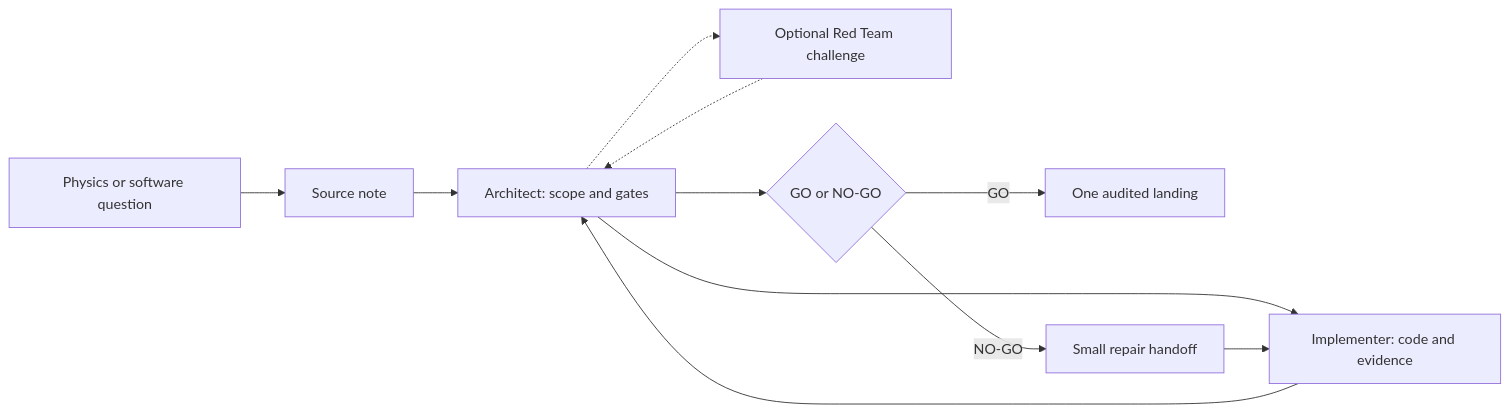
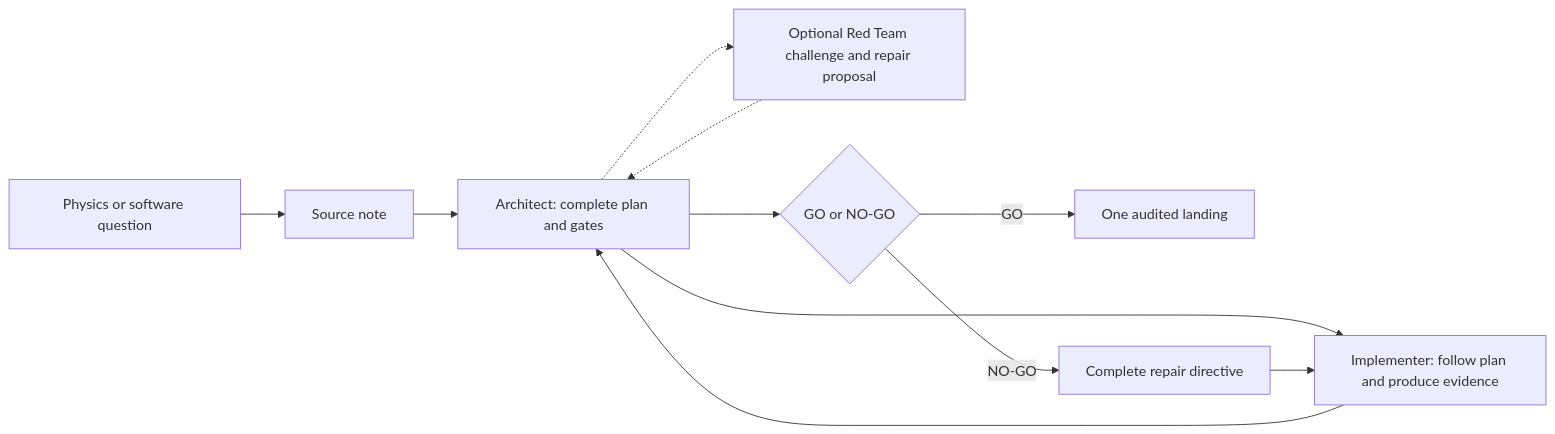
One commit to SBU-COSMOLIKE/emulators_code_v2 changed the first of 7 diagrams in ai/README.md. Above: the diagram before and after it, drawn with Mermaid. The commit also changed other lines of this file and 18 other files, not shown here.

````diff
--- a/ai/README.md
+++ b/ai/README.md
@@ -57,13 +57,13 @@
 ```mermaid
 flowchart LR
   Q["Physics or software question"] --> N["Source note"]
-  N --> A["Architect: scope and gates"]
-  A --> I["Implementer: code and evidence"]
+  N --> A["Architect: complete plan and gates"]
+  A --> I["Implementer: follow plan and produce evidence"]
   I --> A
-  A -.-> R["Optional Red Team challenge"]
+  A -.-> R["Optional Red Team challenge and repair proposal"]
   R -.-> A
   A --> D{"GO or NO-GO"}
   D -->|"GO"| L["One audited landing"]
-  D -->|"NO-GO"| F["Small repair handoff"]
+  D -->|"NO-GO"| F["Complete repair directive"]
   F --> I
 ```
````
